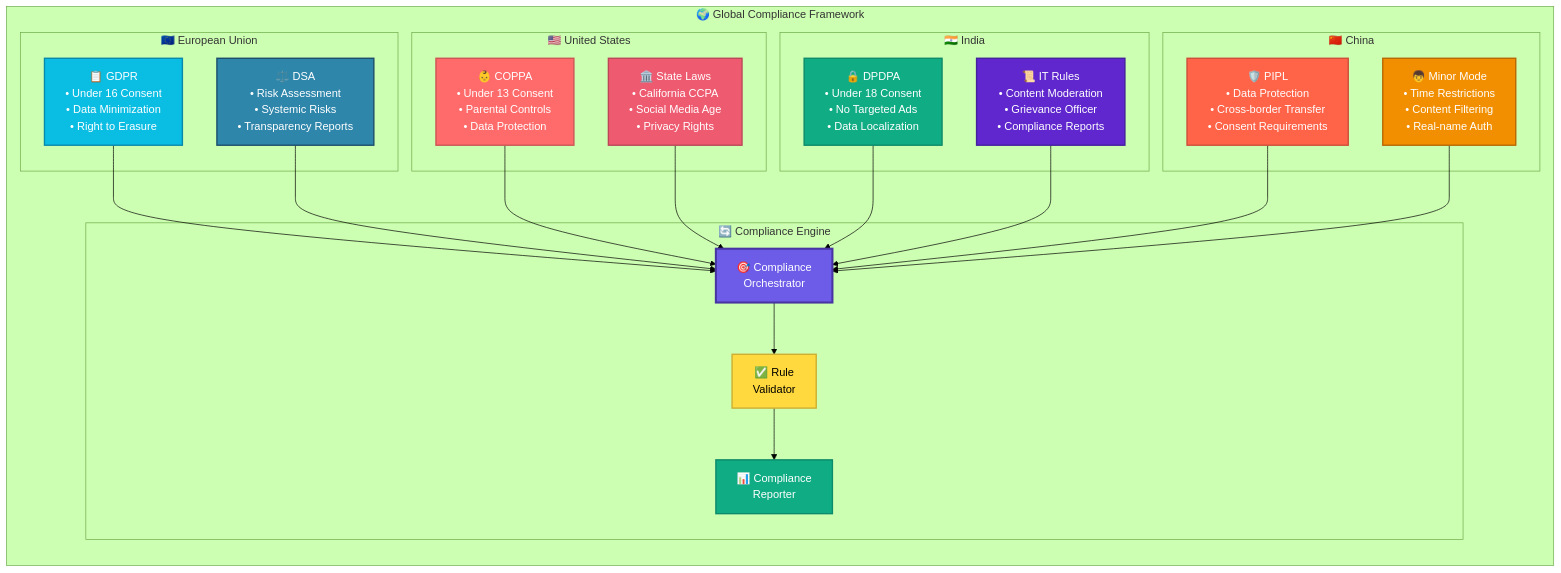
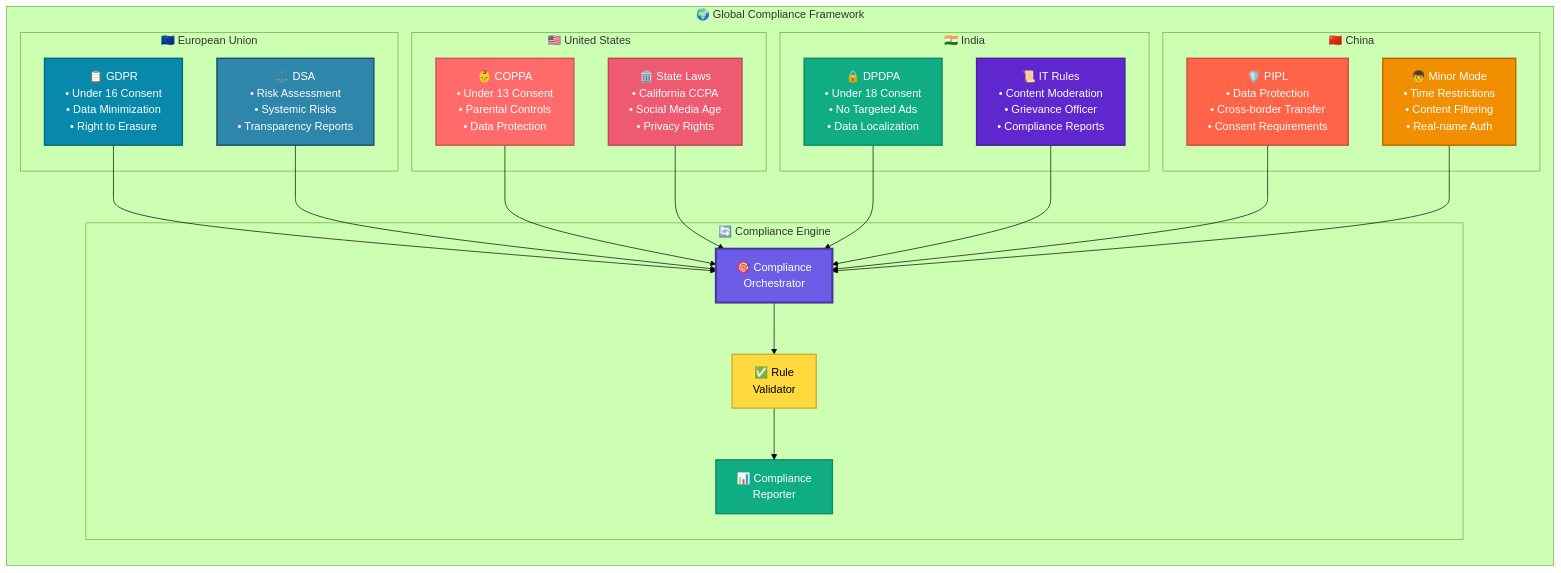
One commit to gitmujoshi/ai-curation-engine-cursor-generated changed the fifth of 13 diagrams in docs/architecture/AI_Curation_Engine_Architecture.md. Above: the diagram before and after it, drawn with Mermaid (forest theme). The commit also changed other lines of this file and 6 other files, not shown here.

First line of the commit message:
Fix text contrast issues in architecture diagrams

```diff
--- a/docs/architecture/AI_Curation_Engine_Architecture.md
+++ b/docs/architecture/AI_Curation_Engine_Architecture.md
@@ -1280,7 +1280,7 @@
     VALIDATOR --> REPORTER
     
     %% Professional compliance color scheme
-    style GDPR fill:#0ABDE3,stroke:#0888AB,stroke-width:2px,color:#fff
+    style GDPR fill:#0888AB,stroke:#066A7A,stroke-width:2px,color:#fff
     style DSA fill:#2E86AB,stroke:#1A4D6B,stroke-width:2px,color:#fff
     style COPPA fill:#FF6B6B,stroke:#CC5555,stroke-width:2px,color:#fff
     style STATE fill:#EE5A6F,stroke:#BB4757,stroke-width:2px,color:#fff
```
